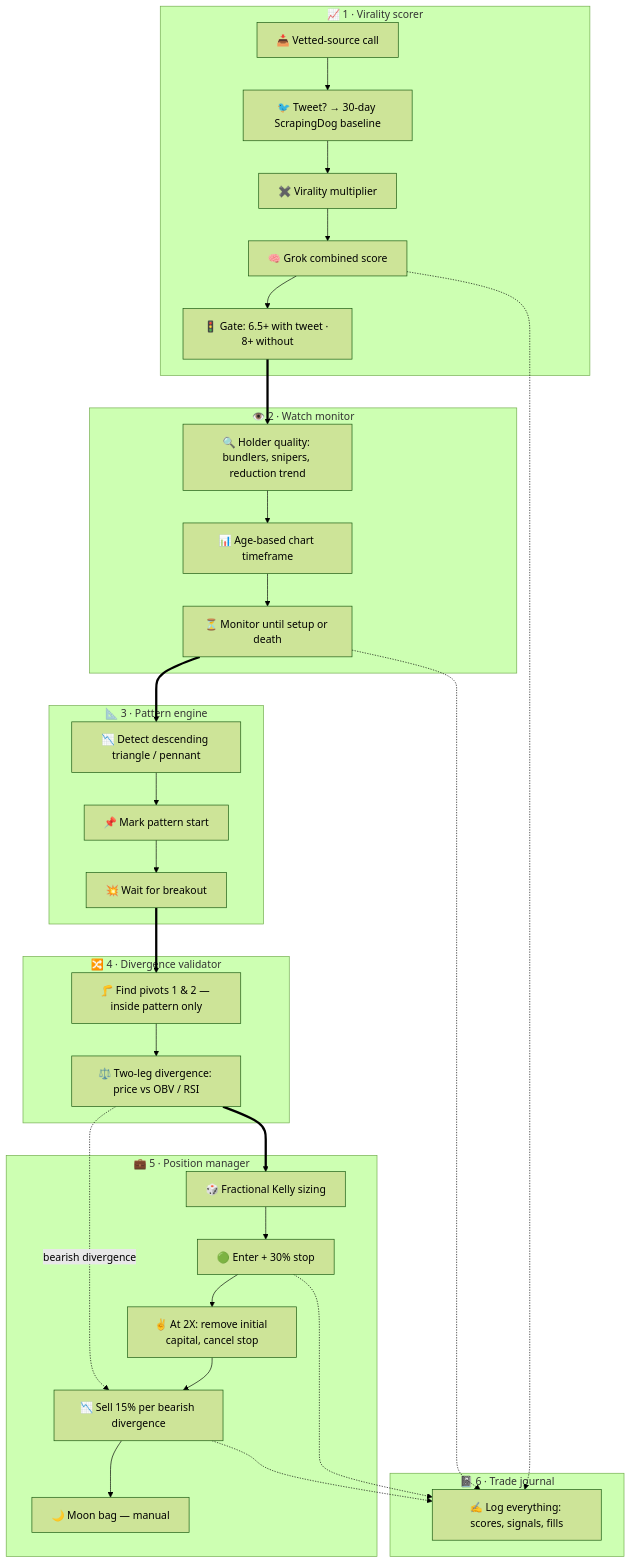
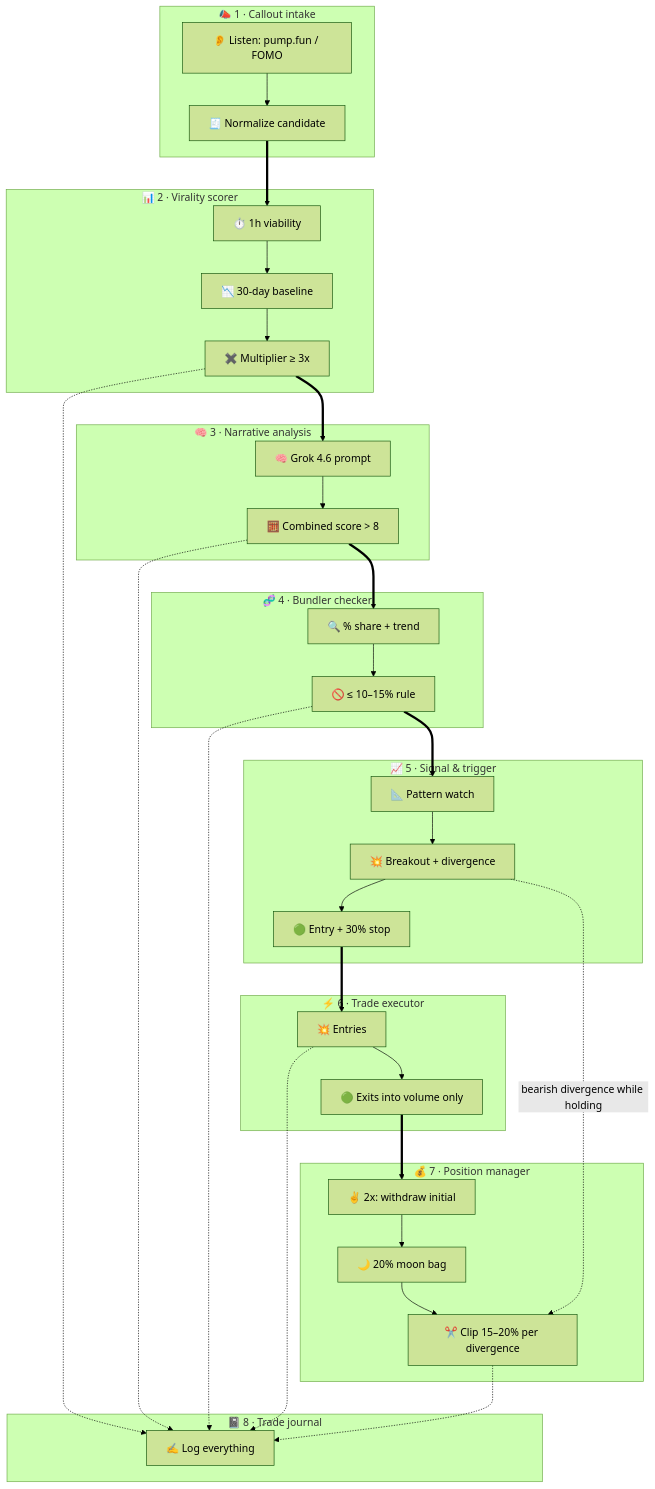
Before and after one commit to TR3-AI/idea-slicer: the second of 2 diagrams in maps/memecoin-virality-trader.md, drawn with Mermaid (forest theme). The commit also changed other lines of this file and 2 other files, not shown here.

Commit message:
Modules strip + how-it-works gate + memecoin re-slice with authoritative flow

````diff
--- a/maps/memecoin-virality-trader.md
+++ b/maps/memecoin-virality-trader.md
@@ -168,38 +293,39 @@
 ```mermaid
 flowchart TD
-  subgraph SCORE["📈 1 · Virality scorer"]
-    S1["📥 Vetted-source call"] --> S2["🐦 Tweet? → 30-day ScrapingDog baseline"]
-    S2 --> S3["✖️ Virality multiplier"]
-    S3 --> S4["🧠 Grok combined score"]
-    S4 --> S5["🚦 Gate: 6.5+ with tweet · 8+ without"]
+  subgraph INTAKE["📣 1 · Callout intake"]
+    I1["👂 Listen: pump.fun / FOMO"] --> I2["🧾 Normalize candidate"]
   end
-  subgraph WATCH["👁️ 2 · Watch monitor"]
-    W1["🔍 Holder quality: bundlers, snipers, reduction trend"] --> W2["📊 Age-based chart timeframe"]
-    W2 --> W3["⏳ Monitor until setup or death"]
+  subgraph SCORE["📊 2 · Virality scorer"]
+    V1["⏱️ 1h viability"] --> V2["📉 30-day baseline"] --> V3["✖️ Multiplier ≥ 3x"]
   end
-  subgraph PATTERN["📐 3 · Pattern engine"]
-    P1["📉 Detect descending triangle / pennant"] --> P2["📌 Mark pattern start"]
-    P2 --> P3["💥 Wait for breakout"]
+  subgraph GROK["🧠 3 · Narrative analysis"]
+    G1["🧠 Grok 4.6 prompt"] --> G2["🧮 Combined score > 8"]
   end
-  subgraph DIV["🔀 4 · Divergence validator"]
-    D1["🦵 Find pivots 1 & 2 — inside pattern only"] --> D2["⚖️ Two-leg divergence: price vs OBV / RSI"]
+  subgraph BUND["🧬 4 · Bundler checker"]
+    B1["🔍 % share + trend"] --> B2["🚫 ≤ 10–15% rule"]
   end
-  subgraph POS["💼 5 · Position manager"]
-    M1["🎲 Fractional Kelly sizing"] --> M2["🟢 Enter + 30% stop"]
-    M2 --> M3["✌️ At 2X: remove initial capital, cancel stop"]
-    M3 --> M4["📉 Sell 15% per bearish divergence"]
-    M4 --> M5["🌙 Moon bag — manual"]
+  subgraph SIG["📈 5 · Signal & trigger"]
+    T1["📐 Pattern watch"] --> T2["💥 Breakout + divergence"] --> T3["🟢 Entry + 30% stop"]
   end
-  subgraph LOG["📓 6 · Trade journal"]
-    L1["✍️ Log everything: scores, signals, fills"]
+  subgraph EXEC["⚡ 6 · Trade executor"]
+    X1["💥 Entries"] --> X2["🟢 Exits into volume only"]
   end
-  S5 ==> W1
-  W3 ==> P1
-  P3 ==> D1
-  D2 ==> M1
-  D2 -.->|bearish divergence| M4
-  S4 -.-> L1
-  W3 -.-> L1
-  M2 -.-> L1
-  M4 -.-> L1
+  subgraph POS["💰 7 · Position manager"]
+    P1["✌️ 2x: withdraw initial"] --> P2["🌙 20% moon bag"] --> P3["✂️ Clip 15–20% per divergence"]
+  end
+  subgraph LOG["📓 8 · Trade journal"]
+    L1["✍️ Log everything"]
+  end
+  I2 ==> V1
+  V3 ==> G1
+  G2 ==> B1
+  B2 ==> T1
+  T3 ==> X1
+  X2 ==> P1
+  T2 -.->|bearish divergence while holding| P3
+  V3 -.-> L1
+  G2 -.-> L1
+  B2 -.-> L1
+  X1 -.-> L1
+  P3 -.-> L1
 ```
````
